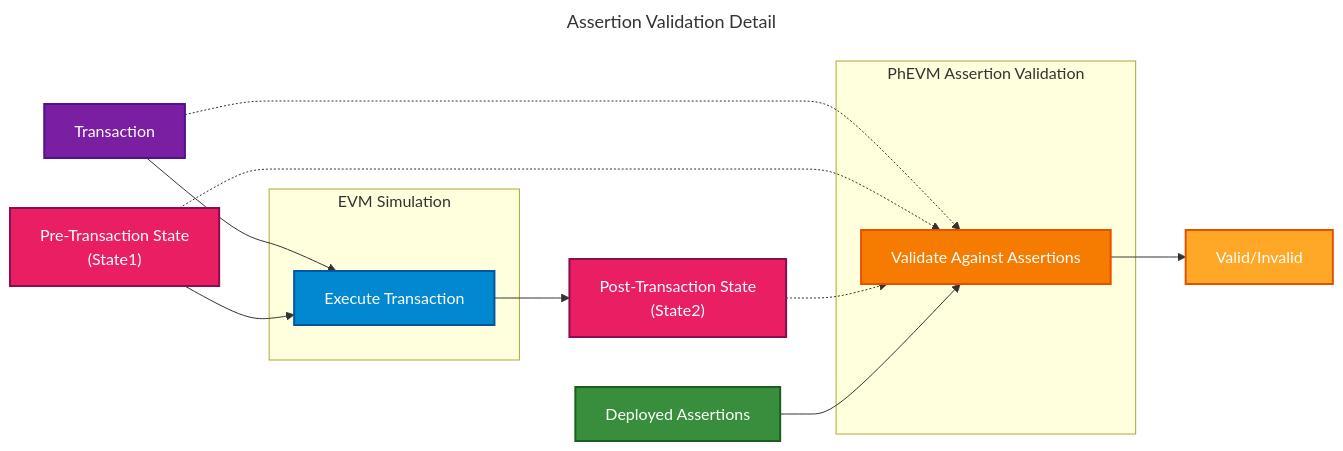
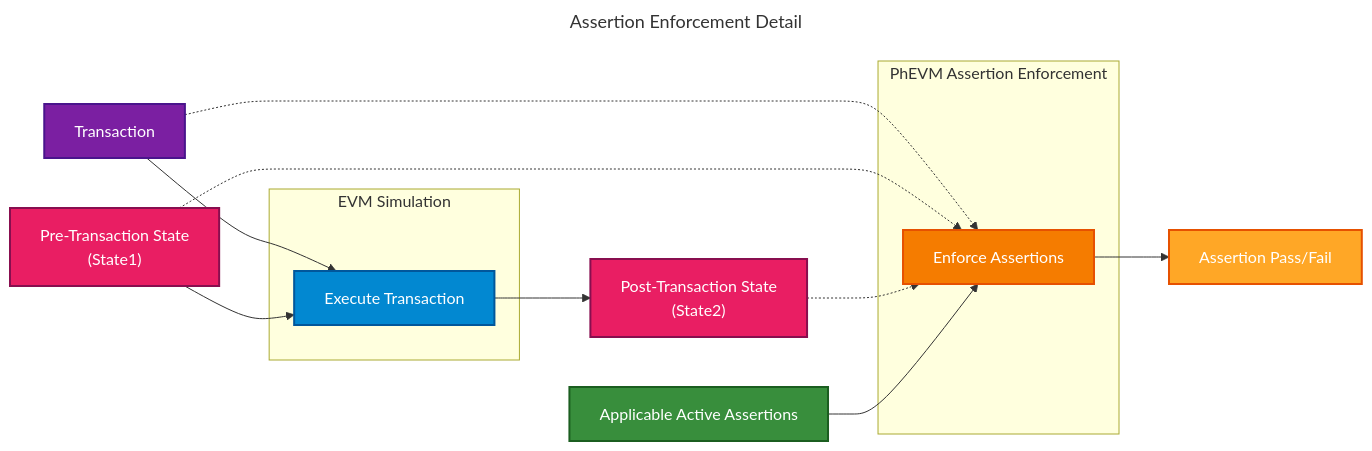
One commit to phylaxsystems/phylax-docs changed the diagram in credible/assertion-enforcer.mdx. Above: the diagram before and after it, drawn with Mermaid. The commit also changed other lines of this file and 155 other files, not shown here.

````diff
--- a/credible/assertion-enforcer.mdx
+++ b/credible/assertion-enforcer.mdx
@@ -22,46 +26,46 @@
 ```mermaid
 ---
-title: Assertion Validation Detail
+title: Assertion Enforcement Detail
 ---
 flowchart LR
     TX["Transaction"]
     STATE1["Pre-Transaction State<br/>(State1)"]
 
     subgraph simulation["EVM Simulation"]
         EVM["Execute Transaction"]
     end
 
     STATE2["Post-Transaction State<br/>(State2)"]
 
-    subgraph validation["PhEVM Assertion Validation"]
-        PhEVM["Validate Against Assertions"]
+    subgraph enforcement["PhEVM Assertion Enforcement"]
+        PhEVM["Enforce Assertions"]
     end
 
-    ASSERTIONS["Deployed Assertions"]
-    RESULT["Valid/Invalid"]
+    ASSERTIONS["Applicable Active Assertions"]
+    RESULT["Assertion Pass/Fail"]
 
     TX --> EVM
     STATE1 --> EVM
     EVM --> STATE2
 
     TX -.-> PhEVM
     STATE1 -.-> PhEVM
     STATE2 -.-> PhEVM
     ASSERTIONS --> PhEVM
 
     PhEVM --> RESULT
 
     classDef state fill:#e91e63,stroke:#880e4f,stroke-width:2px,color:#fff
     classDef evm fill:#0288d1,stroke:#01579b,stroke-width:2px,color:#fff
     classDef phevm fill:#f57c00,stroke:#e65100,stroke-width:2px,color:#fff
     classDef assertions fill:#388e3c,stroke:#1b5e20,stroke-width:2px,color:#fff
     classDef tx fill:#7b1fa2,stroke:#4a148c,stroke-width:2px,color:#fff
     classDef result fill:#ffa726,stroke:#e65100,stroke-width:2px,color:#fff
 
     class STATE1,STATE2 state
     class EVM evm
     class PhEVM phevm
     class ASSERTIONS assertions
     class TX tx
     class RESULT result
 ```
````
